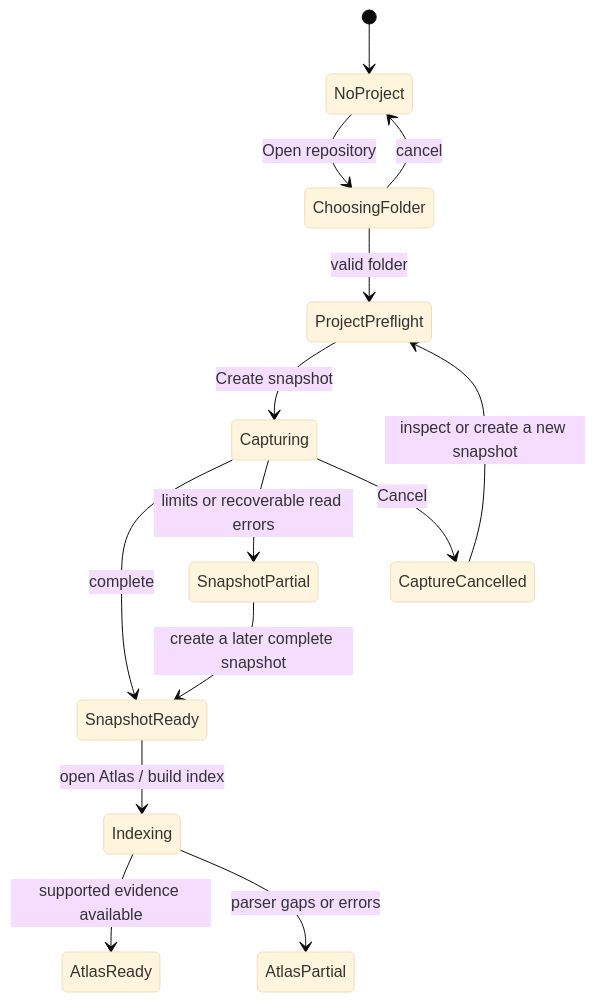
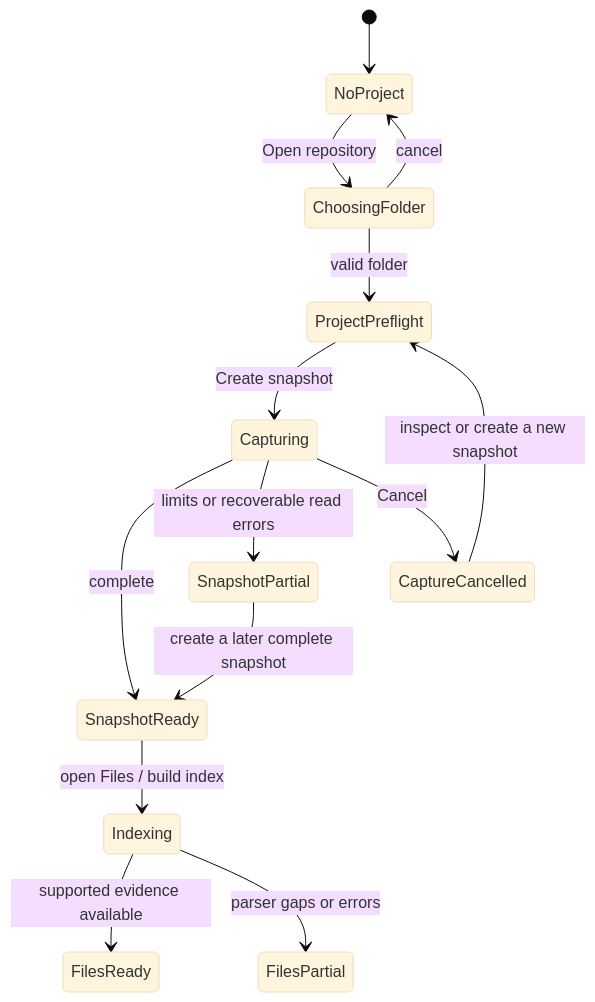
Before and after one commit to appunni-m/software-stories: the diagram in docs/INTERACTION_CONTRACT.md, drawn with Mermaid (base theme). The commit also changed other lines of this file and 12 other files, not shown here.

````diff
--- a/docs/INTERACTION_CONTRACT.md
+++ b/docs/INTERACTION_CONTRACT.md
@@ -42,16 +42,16 @@
 ```mermaid
 stateDiagram-v2
   [*] --> NoProject
   NoProject --> ChoosingFolder: Open repository
   ChoosingFolder --> NoProject: cancel
   ChoosingFolder --> ProjectPreflight: valid folder
   ProjectPreflight --> Capturing: Create snapshot
   Capturing --> SnapshotReady: complete
   Capturing --> SnapshotPartial: limits or recoverable read errors
   Capturing --> CaptureCancelled: Cancel
   CaptureCancelled --> ProjectPreflight: inspect or create a new snapshot
   SnapshotPartial --> SnapshotReady: create a later complete snapshot
-  SnapshotReady --> Indexing: open Atlas / build index
-  Indexing --> AtlasReady: supported evidence available
-  Indexing --> AtlasPartial: parser gaps or errors
+  SnapshotReady --> Indexing: open Files / build index
+  Indexing --> FilesReady: supported evidence available
+  Indexing --> FilesPartial: parser gaps or errors
 ```
````
